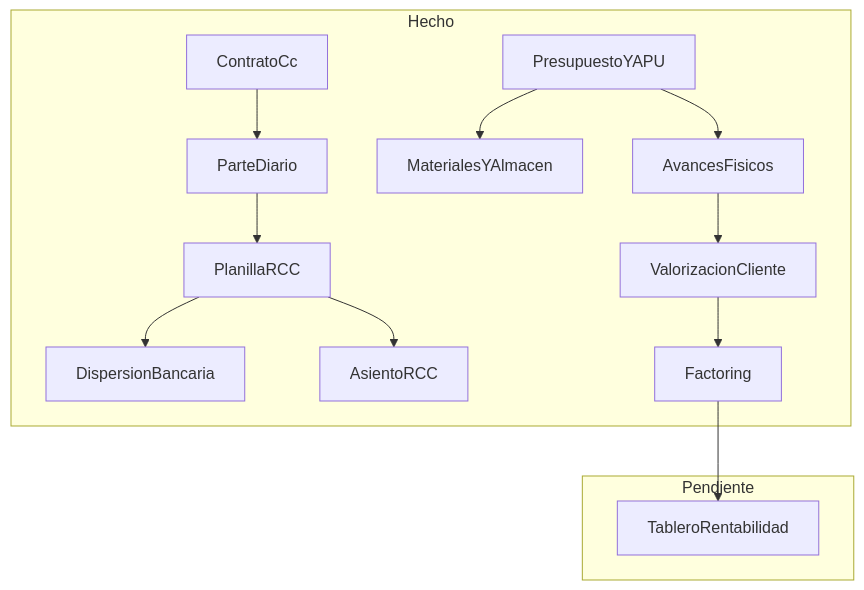
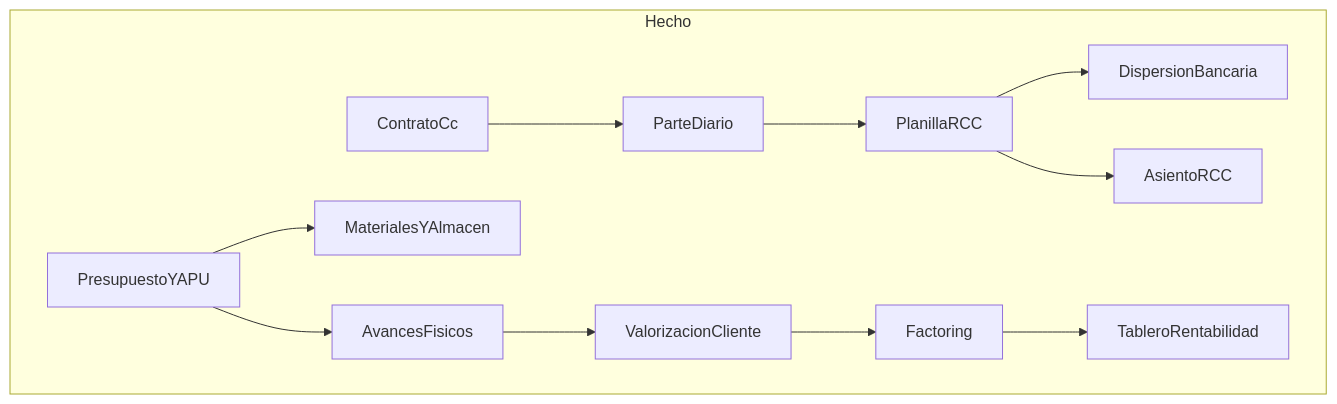
One commit to foreverLilRed/Convecsa-ERP changed the second of 6 diagrams in docs/proyectos/seguimiento-proyectos.md. Above: the diagram before and after it, drawn with Mermaid. The commit also changed other lines of this file and 16 other files, not shown here.

````diff
--- a/docs/proyectos/seguimiento-proyectos.md
+++ b/docs/proyectos/seguimiento-proyectos.md
@@ -44,17 +44,15 @@
 ```mermaid
 flowchart TB
   subgraph hecho [Hecho]
     Contrato[ContratoCc] --> Tareo[ParteDiario]
     Tareo --> Planilla[PlanillaRCC]
     Planilla --> Dispersion[DispersionBancaria]
     Planilla --> Asiento[AsientoRCC]
     Presupuesto[PresupuestoYAPU]
     Presupuesto --> Materiales[MaterialesYAlmacen]
     Presupuesto --> Avances[AvancesFisicos]
     Avances --> Valorizacion[ValorizacionCliente]
     Valorizacion --> Factoring[Factoring]
-  end
-  subgraph pendiente [Pendiente]
     Factoring --> Rentabilidad[TableroRentabilidad]
   end
 ```
````
